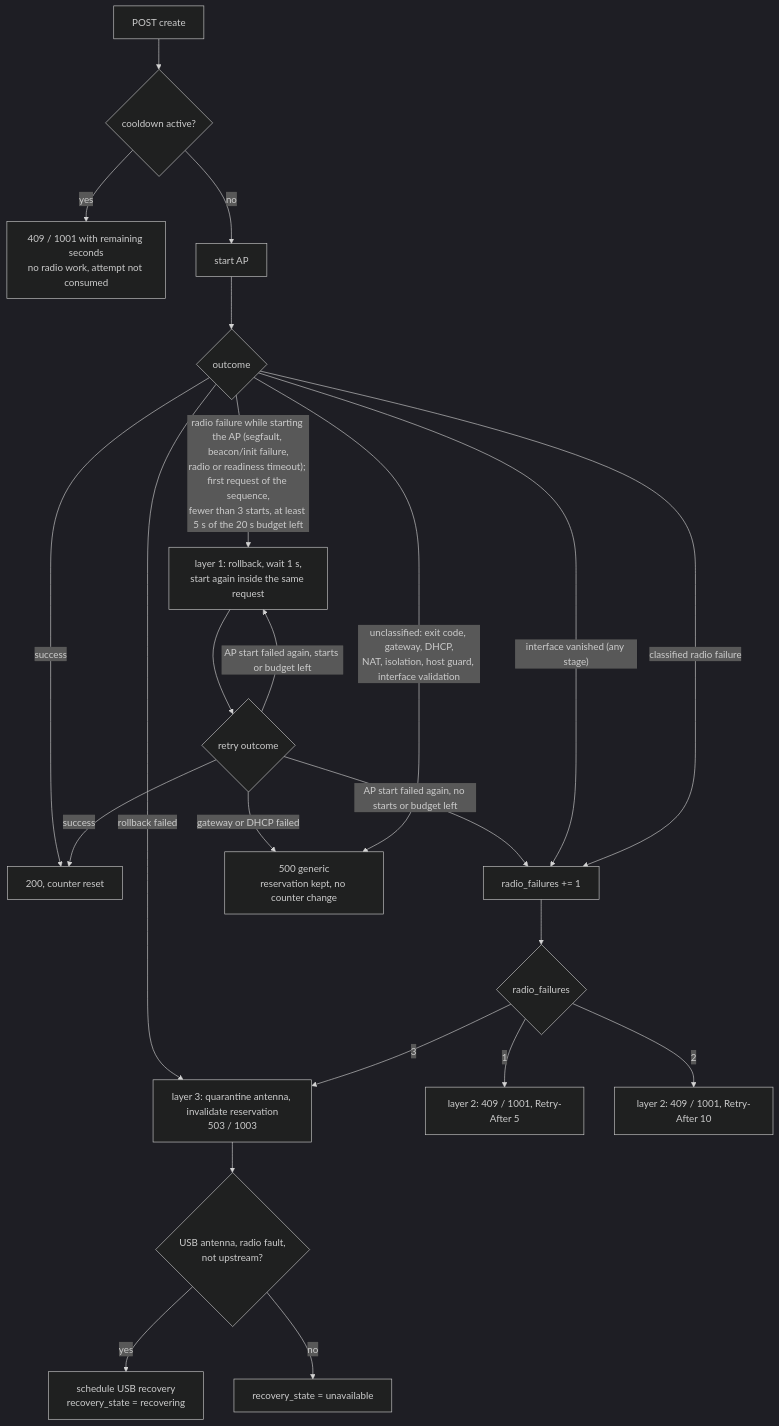
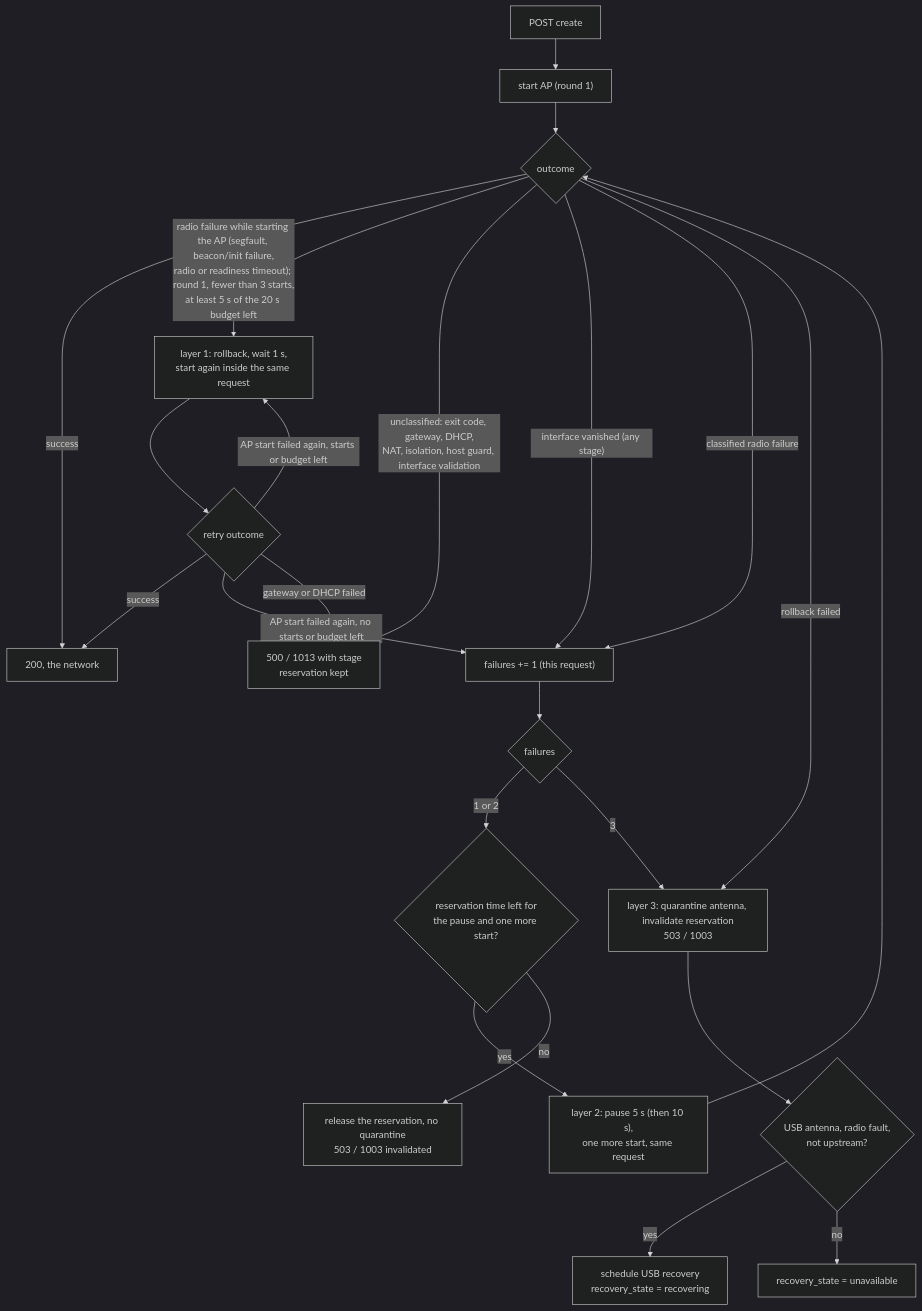
One commit to caporalesimone/wi-lab changed the tenth of 15 diagrams in docs/architecture.md. Above: the diagram before and after it, drawn with Mermaid (dark theme). The commit also changed other lines of this file and 17 other files, not shown here.

First line of the commit message:
feat!: the create retries radio failures itself, no more 409 / 1001

````diff
--- a/docs/architecture.md
+++ b/docs/architecture.md
@@ -556,25 +553,25 @@
 ```mermaid
 flowchart TD
-    S["POST create"] --> CD{"cooldown active?"}
-    CD -->|yes| R0["409 / 1001 with remaining seconds<br/>no radio work, attempt not consumed"]
-    CD -->|no| ST["start AP"]
+    S["POST create"] --> ST["start AP (round 1)"]
     ST --> OUT{"outcome"}
-    OUT -->|success| OK["200, counter reset"]
-    OUT -->|"radio failure while starting the AP (segfault, beacon/init failure,<br/>radio or readiness timeout); first request of the sequence,<br/>fewer than 3 starts, at least 5 s of the 20 s budget left"| IR["layer 1: rollback, wait 1 s,<br/>start again inside the same request"]
+    OUT -->|success| OK["200, the network"]
+    OUT -->|"radio failure while starting the AP (segfault, beacon/init failure,<br/>radio or readiness timeout); round 1, fewer than 3 starts,<br/>at least 5 s of the 20 s budget left"| IR["layer 1: rollback, wait 1 s,<br/>start again inside the same request"]
     IR --> OUT2{"retry outcome"}
     OUT2 -->|success| OK
     OUT2 -->|"AP start failed again, starts or budget left"| IR
     OUT2 -->|"AP start failed again, no starts or budget left"| CL
     OUT2 -->|"gateway or DHCP failed"| G
-    OUT -->|"unclassified: exit code, gateway, DHCP,<br/>NAT, isolation, host guard, interface validation"| G["500 generic<br/>reservation kept, no counter change"]
+    OUT -->|"unclassified: exit code, gateway, DHCP,<br/>NAT, isolation, host guard, interface validation"| G["500 / 1013 with stage<br/>reservation kept"]
     OUT -->|"interface vanished (any stage)"| CL
-    OUT -->|classified radio failure| CL["radio_failures += 1"]
+    OUT -->|classified radio failure| CL["failures += 1 (this request)"]
     OUT -->|rollback failed| Q
-    CL --> N{"radio_failures"}
-    N -->|1| R5["layer 2: 409 / 1001, Retry-After 5"]
-    N -->|2| R10["layer 2: 409 / 1001, Retry-After 10"]
+    CL --> N{"failures"}
+    N -->|"1 or 2"| T{"reservation time left for<br/>the pause and one more start?"}
+    T -->|yes| P["layer 2: pause 5 s (then 10 s),<br/>one more start, same request"]
+    P --> OUT
+    T -->|no| REL["release the reservation, no quarantine<br/>503 / 1003 invalidated"]
     N -->|3| Q["layer 3: quarantine antenna, invalidate reservation<br/>503 / 1003"]
     Q --> U{"USB antenna, radio fault,<br/>not upstream?"}
     U -->|yes| REC["schedule USB recovery<br/>recovery_state = recovering"]
     U -->|no| UN["recovery_state = unavailable"]
 ```
````
